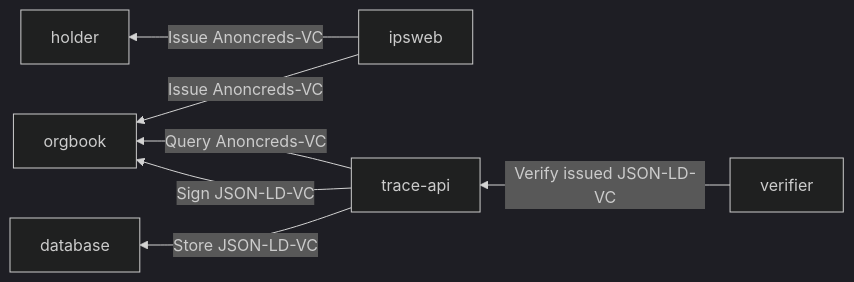
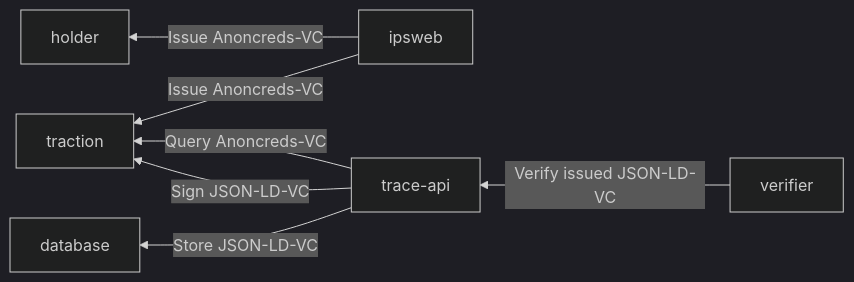
One commit to OpSecId/bc-vcpedia changed the second of 2 diagrams in credentials/bc-petroleum-and-natural-gas-title/ipsweb_pilot.md. Above: the diagram before and after it, drawn with Mermaid (dark theme). The commit also changed other lines of this file, not shown here.

````diff
--- a/credentials/bc-petroleum-and-natural-gas-title/ipsweb_pilot.md
+++ b/credentials/bc-petroleum-and-natural-gas-title/ipsweb_pilot.md
@@ -18,15 +18,15 @@
 ```mermaid
 flowchart RL
     IPSWEB[ipsweb]
-    ORGBOOK[orgbook]
+    TRACTION[traction]
     HOLDER[holder]
     TRACE[trace-api]
     VERIFIER[verifier]
     DATABASE[database]
     IPSWEB -- Issue Anoncreds-VC --> HOLDER
-    IPSWEB -- Issue Anoncreds-VC --> ORGBOOK
-    TRACE -- Query Anoncreds-VC --> ORGBOOK
-    TRACE -- Sign JSON-LD-VC  --> ORGBOOK
+    IPSWEB -- Issue Anoncreds-VC --> TRACTION
+    TRACE -- Query Anoncreds-VC --> TRACTION
+    TRACE -- Sign JSON-LD-VC  --> TRACTION
     TRACE -- Store JSON-LD-VC  --> DATABASE
     VERIFIER -- Verify issued JSON-LD-VC  --> TRACE
 ```
````
